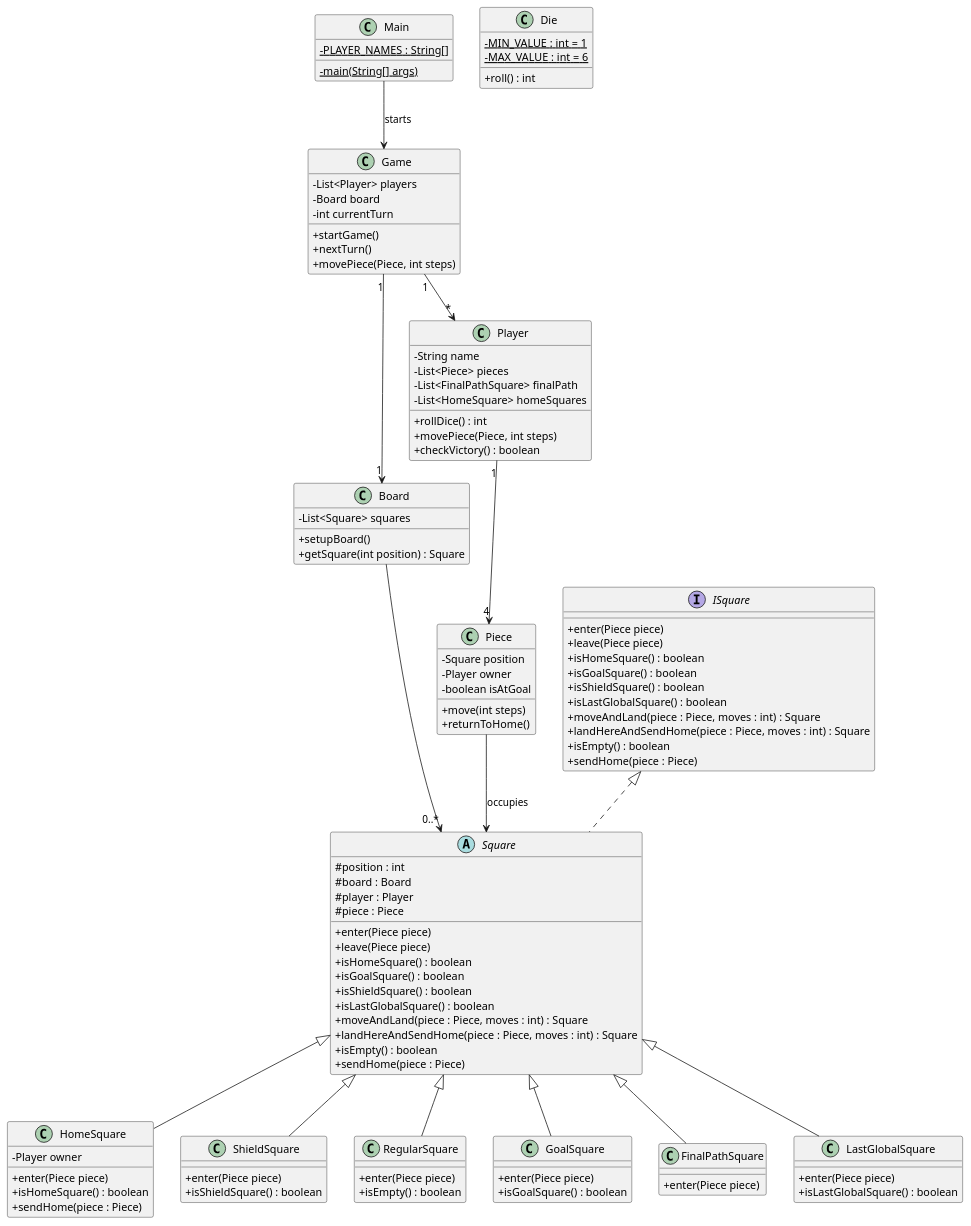
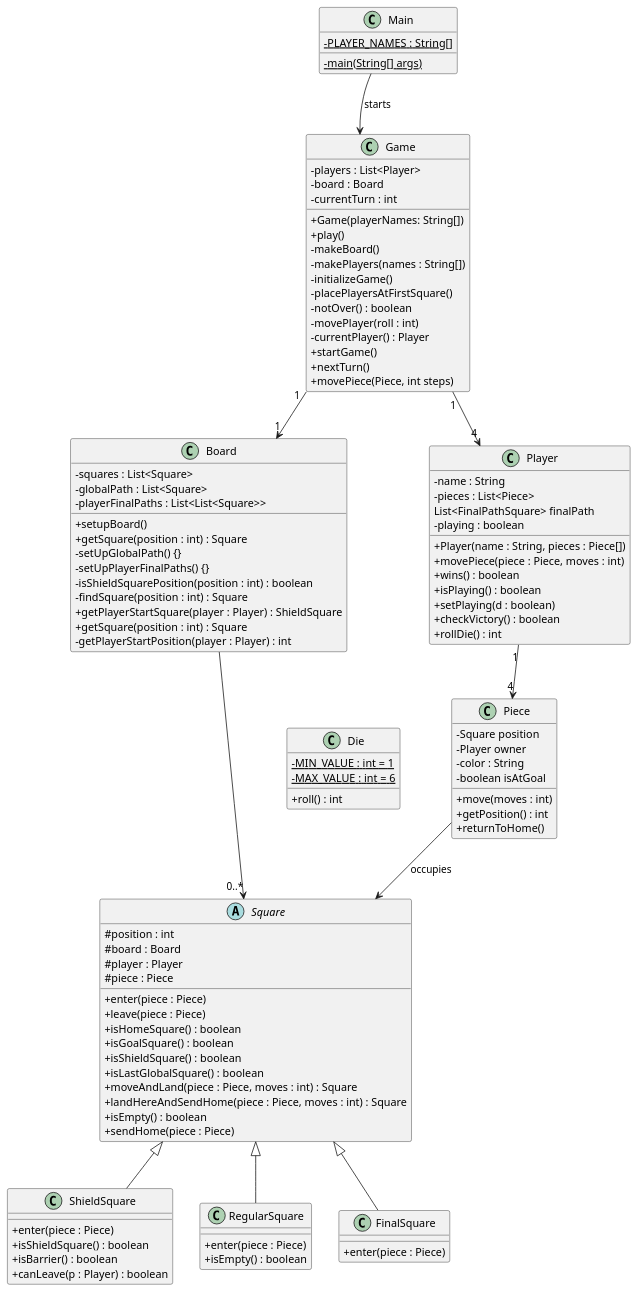
One commit to YssfDevOps/Parchis-TQS changed the diagram in src/LudoDiagramClass.puml. Above: the diagram before and after it, drawn with PlantUML. The commit also changed 12 other files, not shown here.

First line of the commit message:
board, piece, player + uml

```diff
--- a/src/LudoDiagramClass.puml
+++ b/src/LudoDiagramClass.puml
@@ -1,117 +1,129 @@
 @startuml
 skinparam classAttributeIconSize 0
 
 class Main {
 - {static} PLAYER_NAMES : String[]
 - {static} main(String[] args)
 }
 
 class Game {
-    - List<Player> players
-    - Board board
-    - int currentTurn
+    - players : List<Player>
+    - board : Board
+    - currentTurn : int
+
+    + Game(playerNames: String[])
+    + play()
+    - makeBoard()
+    - makePlayers(names : String[])
+    - initializeGame()
+    - placePlayersAtFirstSquare()
+    - notOver() : boolean
+    - movePlayer(roll : int)
+    - currentPlayer() : Player
     + startGame()
     + nextTurn()
     + movePiece(Piece, int steps)
 }
 
 class Board {
-    - List<Square> squares
+    - squares : List<Square>
     + setupBoard()
-    + getSquare(int position) : Square
+    + getSquare(position : int) : Square
+    - globalPath : List<Square>
+    - playerFinalPaths : List<List<Square>>
+    - setUpGlobalPath() {}
+    - setUpPlayerFinalPaths() {}
+    - isShieldSquarePosition(position : int) : boolean
+    - findSquare(position : int) : Square
+    + getPlayerStartSquare(player : Player) : ShieldSquare
+    + getSquare(position : int) : Square
+    - getPlayerStartPosition(player : Player) : int
 }
 
 class Piece {
     - Square position
     - Player owner
+    - color : String
     - boolean isAtGoal
-    + move(int steps)
+    + move(moves : int)
+    + getPosition() : int
     + returnToHome()
 }
 
 class Player {
-    - String name
-    - List<Piece> pieces
-    - List<FinalPathSquare> finalPath
-    - List<HomeSquare> homeSquares
-    + rollDice() : int
-    + movePiece(Piece, int steps)
+    - name : String
+    - pieces : List<Piece>
+    List<FinalPathSquare> finalPath
+    - playing : boolean
+    + Player(name : String, pieces : Piece[])
+    + movePiece(piece : Piece, moves : int)
+    + wins() : boolean
+    + isPlaying() : boolean
+    + setPlaying(d : boolean)
     + checkVictory() : boolean
+    + rollDie() : int
 }
 
 class Die {
     - {static} MIN_VALUE : int = 1
     - {static} MAX_VALUE : int = 6
     + roll() : int
 }
 
-interface ISquare {
-    + enter(Piece piece)
-    + leave(Piece piece)
+'interface ISquare {
+'    + enter(Piece piece)
+'    + leave(Piece piece)
+'    + isHomeSquare() : boolean
+'    + isGoalSquare() : boolean
+'    + isShieldSquare() : boolean
+'    + isLastGlobalSquare() : boolean
+'    + moveAndLand(piece : Piece, moves : int) : Square
+'    + landHereAndSendHome(piece : Piece, moves : int) : Square
+'    + isEmpty() : boolean
+'    + sendHome(piece : Piece)
+'}
+
+abstract class Square {
+    # position : int
+    # board : Board
+    # player : Player
+    # piece : Piece
+    + enter(piece : Piece)
+    + leave(piece : Piece)
     + isHomeSquare() : boolean
     + isGoalSquare() : boolean
     + isShieldSquare() : boolean
     + isLastGlobalSquare() : boolean
     + moveAndLand(piece : Piece, moves : int) : Square
     + landHereAndSendHome(piece : Piece, moves : int) : Square
     + isEmpty() : boolean
     + sendHome(piece : Piece)
 }
 
-abstract class Square implements ISquare {
-    # position : int
-    # board : Board
-    # player : Player
-    # piece : Piece
-
-
-    + enter(Piece piece)
-    + leave(Piece piece)
-    + isHomeSquare() : boolean
-    + isGoalSquare() : boolean
+class ShieldSquare extends Square {
+    + enter(piece : Piece)
     + isShieldSquare() : boolean
-    + isLastGlobalSquare() : boolean
-    + moveAndLand(piece : Piece, moves : int) : Square
-    + landHereAndSendHome(piece : Piece, moves : int) : Square
-    + isEmpty() : boolean
-    + sendHome(piece : Piece)
-}
-
-class HomeSquare extends Square {
-    - Player owner
-    + enter(Piece piece)
-    + isHomeSquare() : boolean
-    + sendHome(piece : Piece)
-}
-
-class ShieldSquare extends Square {
-    + enter(Piece piece)
-    + isShieldSquare() : boolean
+    + isBarrier() : boolean
+    + canLeave(p : Player) : boolean
 }
 
 class RegularSquare extends Square {
-    + enter(Piece piece)
+    + enter(piece : Piece)
     + isEmpty() : boolean
 }
 
-class GoalSquare extends Square {
-    + enter(Piece piece)
-    + isGoalSquare() : boolean
+class FinalSquare extends Square {
+    + enter(piece : Piece)
 }
 
-class FinalPathSquare extends Square {
-    + enter(Piece piece)
-}
-
-class LastGlobalSquare extends Square {
-    + enter(Piece piece)
-    + isLastGlobalSquare() : boolean
-}
 Main --> Game : starts
-Game "1" --> "*" Player
+Game "1" --> "4" Player
 Game "1" --> "1" Board
 Player "1" --> "4" Piece
 Piece --> Square : occupies
 Board --> "0..*" Square
 
+Main -[hidden]down-> Game
+Game -[hidden]down-> Die
+Board -[hidden]down-> Die
 @enduml
```
